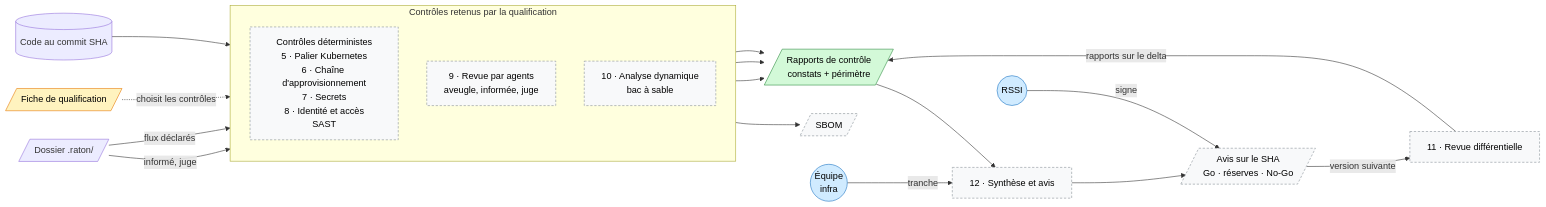
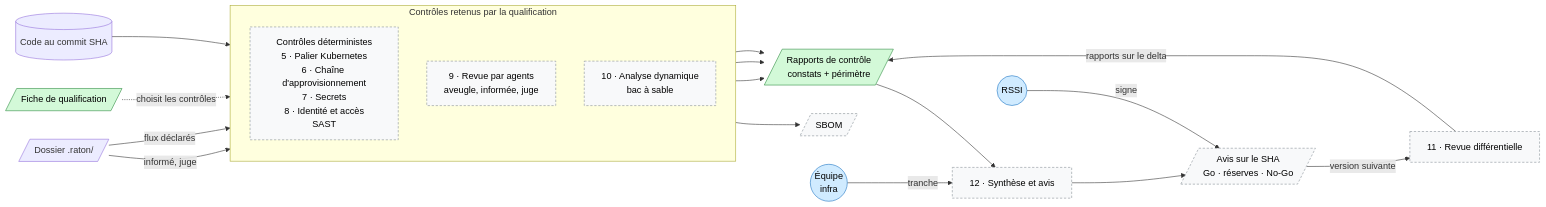
Before and after one commit to Jul0ow/Raton: the fourth of 5 diagrams in docs/architecture.md, drawn with Mermaid. The commit also changed other lines of this file and 2 other files, not shown here.

````diff
--- a/docs/architecture.md
+++ b/docs/architecture.md
@@ -162,45 +161,44 @@
 ```mermaid
 flowchart LR
   QF[/"Fiche de qualification"/]
   CODE[("Code au commit SHA")]
   DOS[/"Dossier .raton/"/]
 
   subgraph CTRL ["Contrôles retenus par la qualification"]
     direction TB
     DET["Contrôles déterministes<br/>5 · Palier Kubernetes<br/>6 · Chaîne d'approvisionnement<br/>7 · Secrets<br/>8 · Identité et accès<br/>SAST"]
     AG["9 · Revue par agents<br/>aveugle, informée, juge"]
     DYN["10 · Analyse dynamique<br/>bac à sable"]
   end
 
   SBOM[/"SBOM"/]
   RAP[/"Rapports de contrôle<br/>constats + périmètre"/]
   SYN["12 · Synthèse et avis"]
   AVIS[/"Avis sur le SHA<br/>Go · réserves · No-Go"/]
   DIFF["11 · Revue différentielle"]
   E(("Équipe<br/>infra"))
   S(("RSSI"))
 
   QF -.->|"choisit les contrôles"| CTRL
   CODE --> CTRL
   DOS -->|"informé, juge"| AG
   DOS -->|"flux déclarés"| DYN
   DET --> SBOM
   DET --> RAP
   AG --> RAP
   DYN --> RAP
   RAP --> SYN
   E -->|"tranche"| SYN
   SYN --> AVIS
   S -->|"signe"| AVIS
   AVIS -->|"version suivante"| DIFF
   DIFF -->|"rapports sur le delta"| RAP
 
   classDef humain fill:#d0ebff,stroke:#1971c2,color:#000
   classDef fait fill:#d3f9d8,stroke:#2b8a3e,color:#000
   classDef propose fill:#fff3bf,stroke:#e67700,color:#000
   classDef afaire fill:#f8f9fa,stroke:#868e96,color:#000,stroke-dasharray:4 3
   class E,S humain
-  class RAP fait
-  class QF propose
+  class QF,RAP fait
   class DET,AG,DYN,SBOM,SYN,AVIS,DIFF afaire
 ```
````
